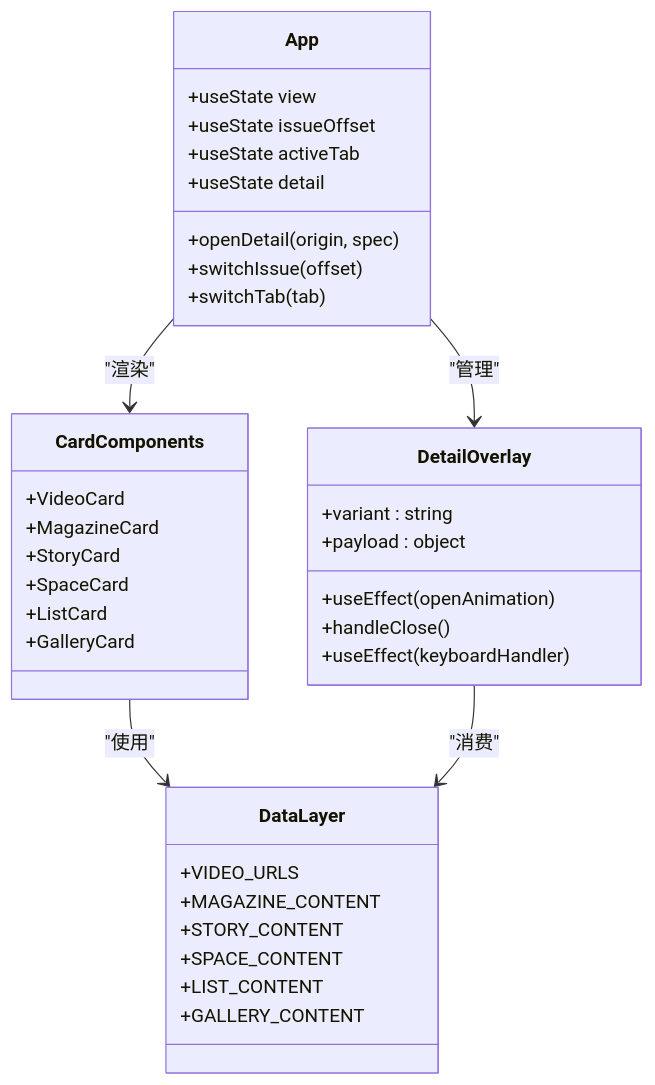
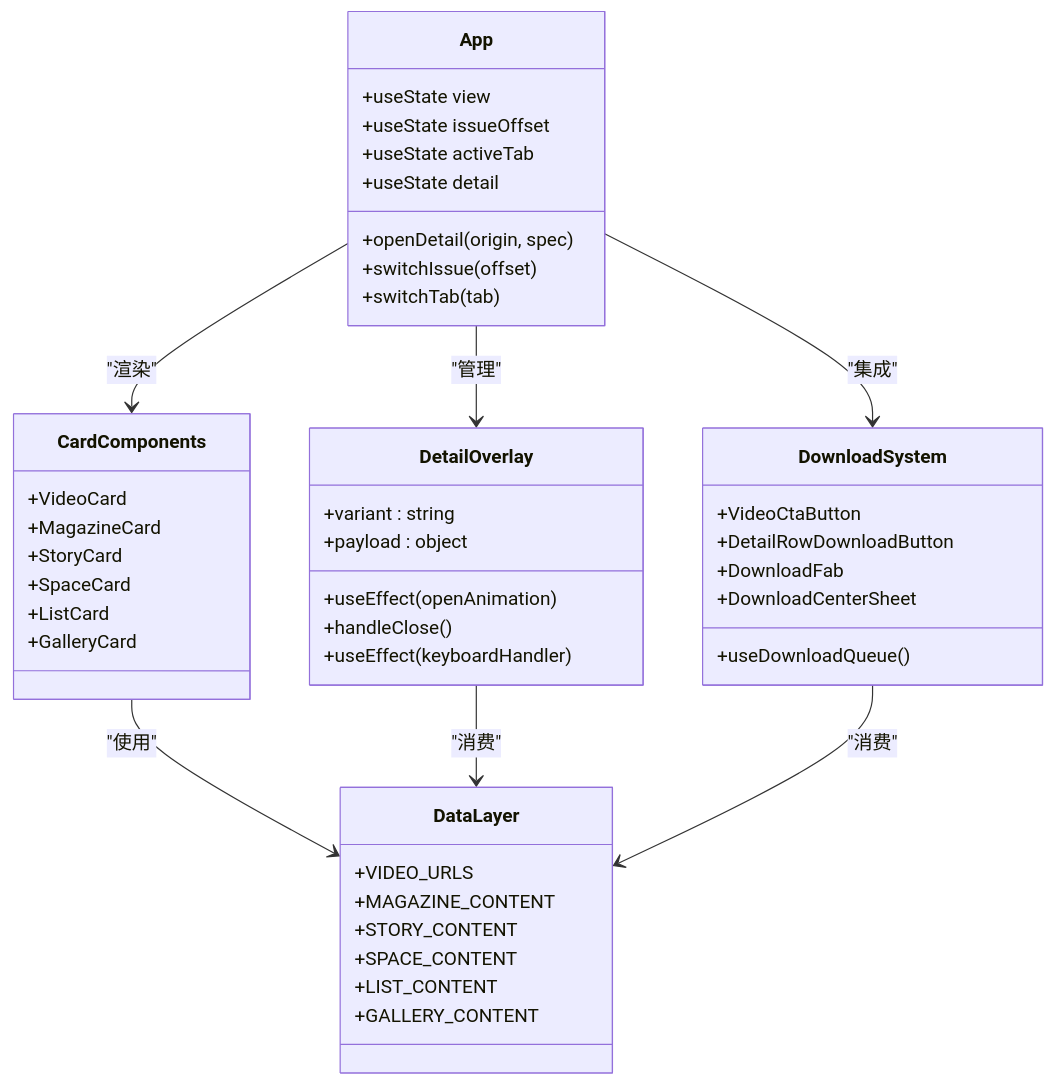
Before and after one commit to billye220670/newSquare: the second of 22 diagrams in .qoder/repowiki/zh/content/详情页系统.md, drawn with Mermaid. The commit also changed other lines of this file and 14 other files, not shown here.

````diff
--- a/.qoder/repowiki/zh/content/详情页系统.md
+++ b/.qoder/repowiki/zh/content/详情页系统.md
@@ -77,39 +89,48 @@
 ```mermaid
 classDiagram
 class App {
 +useState view
 +useState issueOffset
 +useState activeTab
 +useState detail
 +openDetail(origin, spec)
 +switchIssue(offset)
 +switchTab(tab)
 }
 class DetailOverlay {
 +useEffect(openAnimation)
 +handleClose()
 +useEffect(keyboardHandler)
 +variant : string
 +payload : object
 }
 class CardComponents {
 +VideoCard
 +MagazineCard
 +StoryCard
 +SpaceCard
 +ListCard
 +GalleryCard
 }
+class DownloadSystem {
++VideoCtaButton
++DetailRowDownloadButton
++DownloadFab
++DownloadCenterSheet
++useDownloadQueue()
+}
 class DataLayer {
 +VIDEO_URLS
 +MAGAZINE_CONTENT
 +STORY_CONTENT
 +SPACE_CONTENT
 +LIST_CONTENT
 +GALLERY_CONTENT
 }
 App --> DetailOverlay : "管理"
 App --> CardComponents : "渲染"
+App --> DownloadSystem : "集成"
 CardComponents --> DataLayer : "使用"
 DetailOverlay --> DataLayer : "消费"
+DownloadSystem --> DataLayer : "消费"
 ```
````
